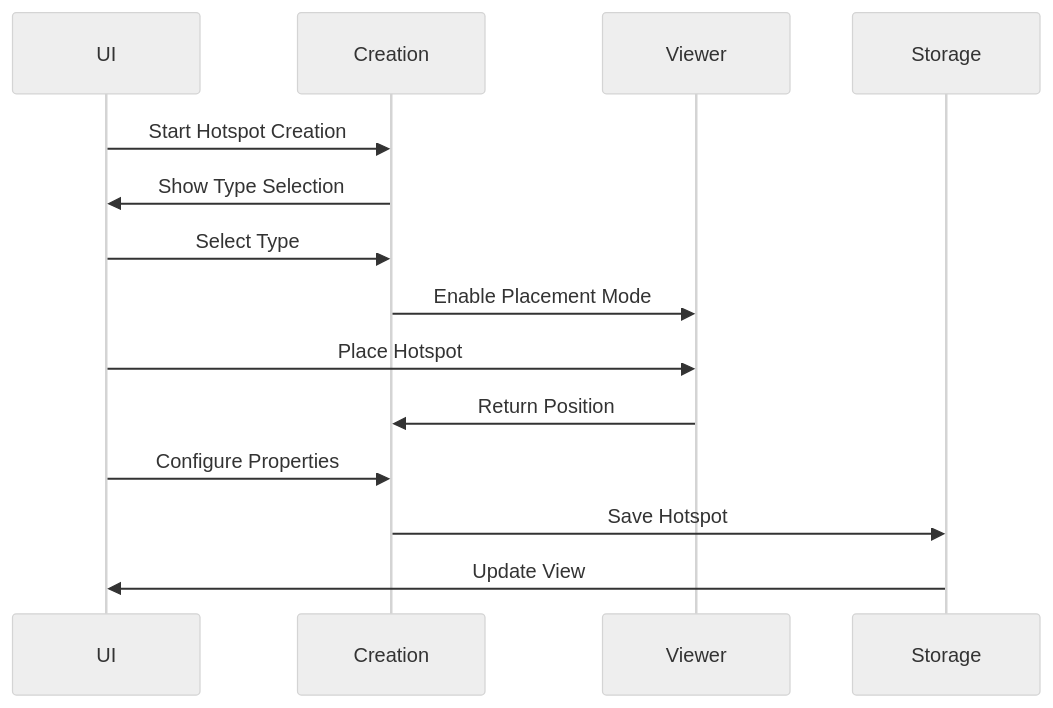
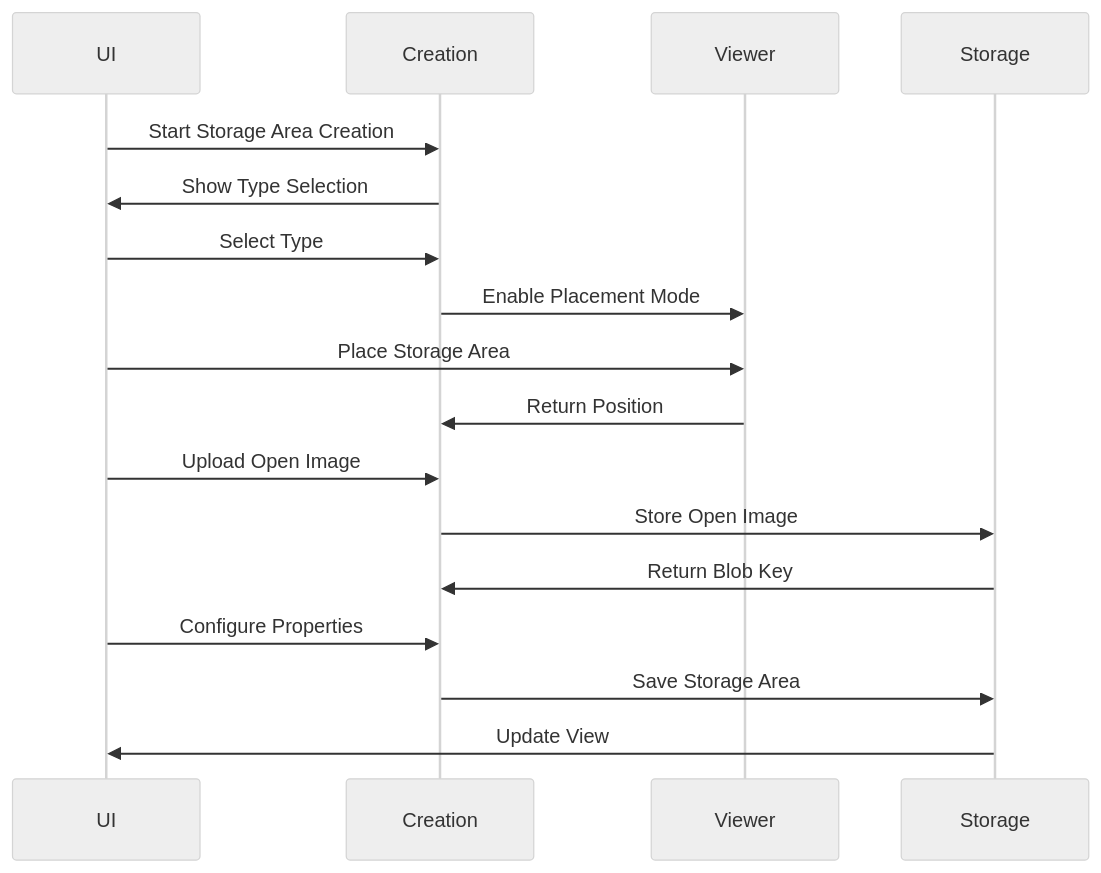
The tenth of 14 diagrams in docs/phases/PHASE_1_LOCAL_STORAGE.md (straiforos/kitchen-360), drawn with Mermaid (neutral theme) before and after one commit. The commit also changed other lines of this file, not shown here.

First line of the commit message:
Refactor documentation and code structure for Storage Area management

````diff
--- a/docs/phases/PHASE_1_LOCAL_STORAGE.md
+++ b/docs/phases/PHASE_1_LOCAL_STORAGE.md
@@ -313,17 +337,20 @@
 ```mermaid
 sequenceDiagram
     participant UI
     participant Creation
     participant Viewer
     participant Storage
     
-    UI->>Creation: Start Hotspot Creation
+    UI->>Creation: Start Storage Area Creation
     Creation->>UI: Show Type Selection
     UI->>Creation: Select Type
     Creation->>Viewer: Enable Placement Mode
-    UI->>Viewer: Place Hotspot
+    UI->>Viewer: Place Storage Area
     Viewer->>Creation: Return Position
+    UI->>Creation: Upload Open Image
+    Creation->>Storage: Store Open Image
+    Storage->>Creation: Return Blob Key
     UI->>Creation: Configure Properties
-    Creation->>Storage: Save Hotspot
+    Creation->>Storage: Save Storage Area
     Storage->>UI: Update View
 ```
````
